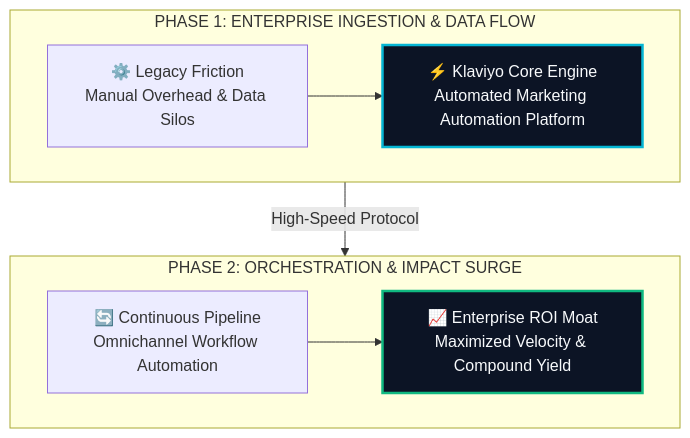
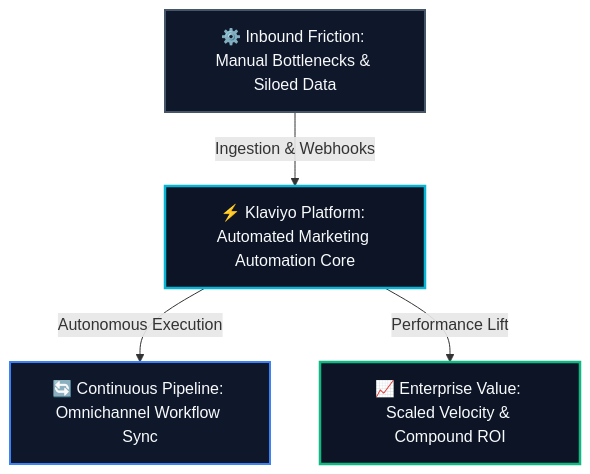
Before and after one commit to heliatech-media/saas-radar: the diagram in site/src/content/blog/klaviyo-evolution-guide-2026.md, drawn with Mermaid. The commit also changed 93 other files, not shown here.

First line of the commit message:
fix(diagrams): resolve dagre-d3 subgraph collision by migrating to balanced 3-tier Hub & Spoke architecture

````diff
--- a/site/src/content/blog/klaviyo-evolution-guide-2026.md
+++ b/site/src/content/blog/klaviyo-evolution-guide-2026.md
@@ -56,14 +56,14 @@
 ```mermaid
 flowchart TD
-    subgraph S1["PHASE 1: ENTERPRISE INGESTION & DATA FLOW"]
-        direction LR
-        A["⚙️ Legacy Friction<br/>Manual Overhead & Data Silos"] --> B["⚡ Klaviyo Core Engine<br/>Automated Marketing Automation Platform"]
-    end
-    subgraph S2["PHASE 2: ORCHESTRATION & IMPACT SURGE"]
-        direction LR
-        C["🔄 Continuous Pipeline<br/>Omnichannel Workflow Automation"] --> D["📈 Enterprise ROI Moat<br/>Maximized Velocity & Compound Yield"]
-    end
-    S1 -->|High-Speed Protocol| S2
-    style B fill:#0c1425,stroke:#06b6d4,stroke-width:2.5px,color:#f8fafc
-    style D fill:#0c1425,stroke:#10b981,stroke-width:2.5px,color:#f8fafc
+    Inp["⚙️ Inbound Friction: Manual Bottlenecks & Siloed Data"]
+    Eng["⚡ Klaviyo Platform: Automated Marketing Automation Core"]
+    Out1["🔄 Continuous Pipeline: Omnichannel Workflow Sync"]
+    Out2["📈 Enterprise Value: Scaled Velocity & Compound ROI"]
+    Inp -->|Ingestion & Webhooks| Eng
+    Eng -->|Autonomous Execution| Out1
+    Eng -->|Performance Lift| Out2
+    style Inp fill:#0f172a,stroke:#475569,stroke-width:2px,color:#f8fafc
+    style Eng fill:#0c1425,stroke:#06b6d4,stroke-width:2.5px,color:#f8fafc
+    style Out1 fill:#0f172a,stroke:#3b82f6,stroke-width:2px,color:#f8fafc
+    style Out2 fill:#0c1425,stroke:#10b981,stroke-width:2.5px,color:#f8fafc
 ```
````
